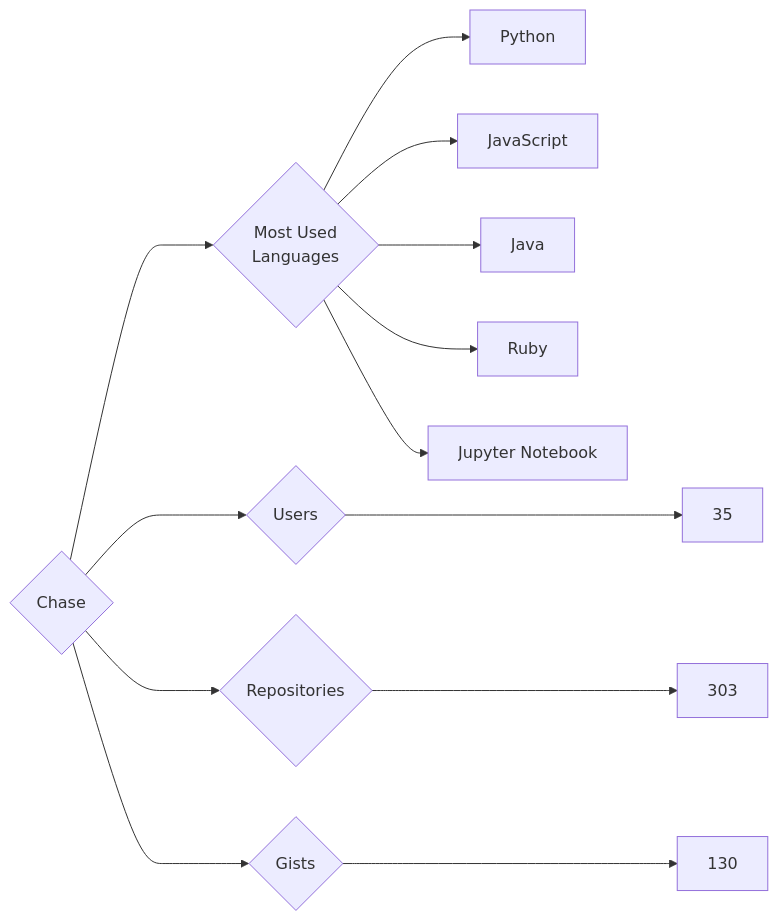
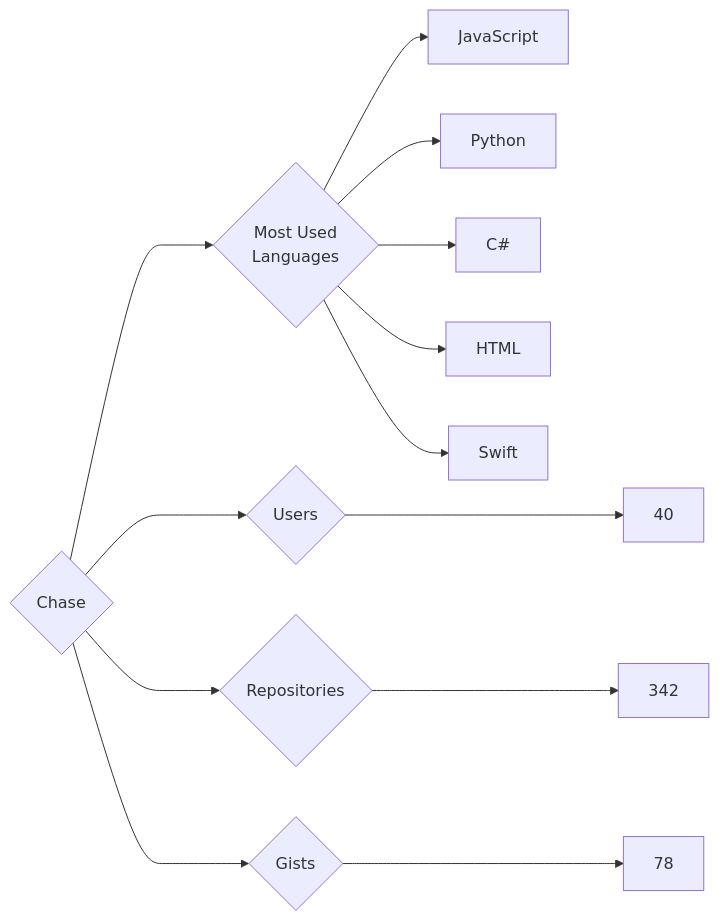
Before and after one commit to trickest/insiders: the diagram in targets/Chase/README.md, drawn with Mermaid. The commit also changed 750 other files, not shown here.

````diff
--- a/targets/Chase/README.md
+++ b/targets/Chase/README.md
@@ -3,13 +3,13 @@
 ```mermaid
 graph LR
 COMPANY_NAME{Chase}
-COMPANY_NAME ---> U{Users} ---> UN[35]
-COMPANY_NAME ---> R{Repositories} ---> RN[303]
-COMPANY_NAME ---> G{Gists} ---> GN[130]
+COMPANY_NAME ---> U{Users} ---> UN[40]
+COMPANY_NAME ---> R{Repositories} ---> RN[342]
+COMPANY_NAME ---> G{Gists} ---> GN[78]
 COMPANY_NAME ---> ML{Most Used<br>Languages}
+ML --> JavaScript[JavaScript]
 ML --> Python[Python]
-ML --> JavaScript[JavaScript]
-ML --> Java[Java]
-ML --> Ruby[Ruby]
-ML --> Jupyter_Notebook[Jupyter Notebook]
+ML --> C#[C#]
+ML --> HTML[HTML]
+ML --> Swift[Swift]
 ```
````
